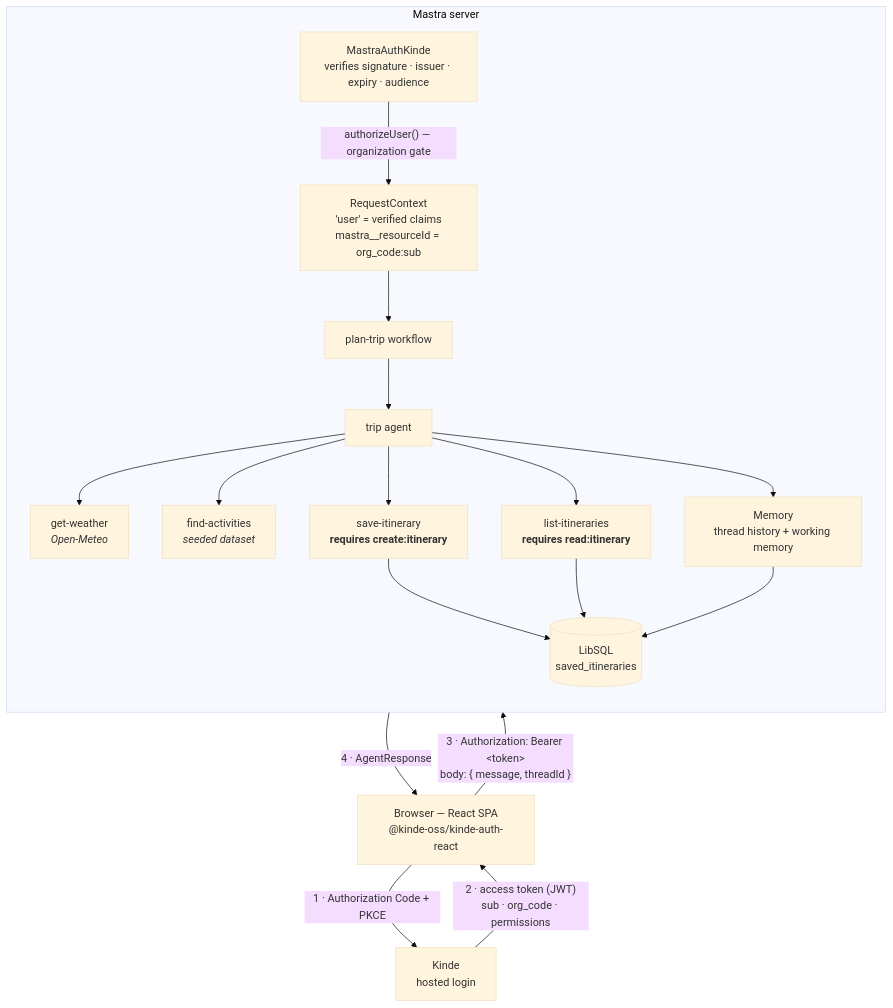
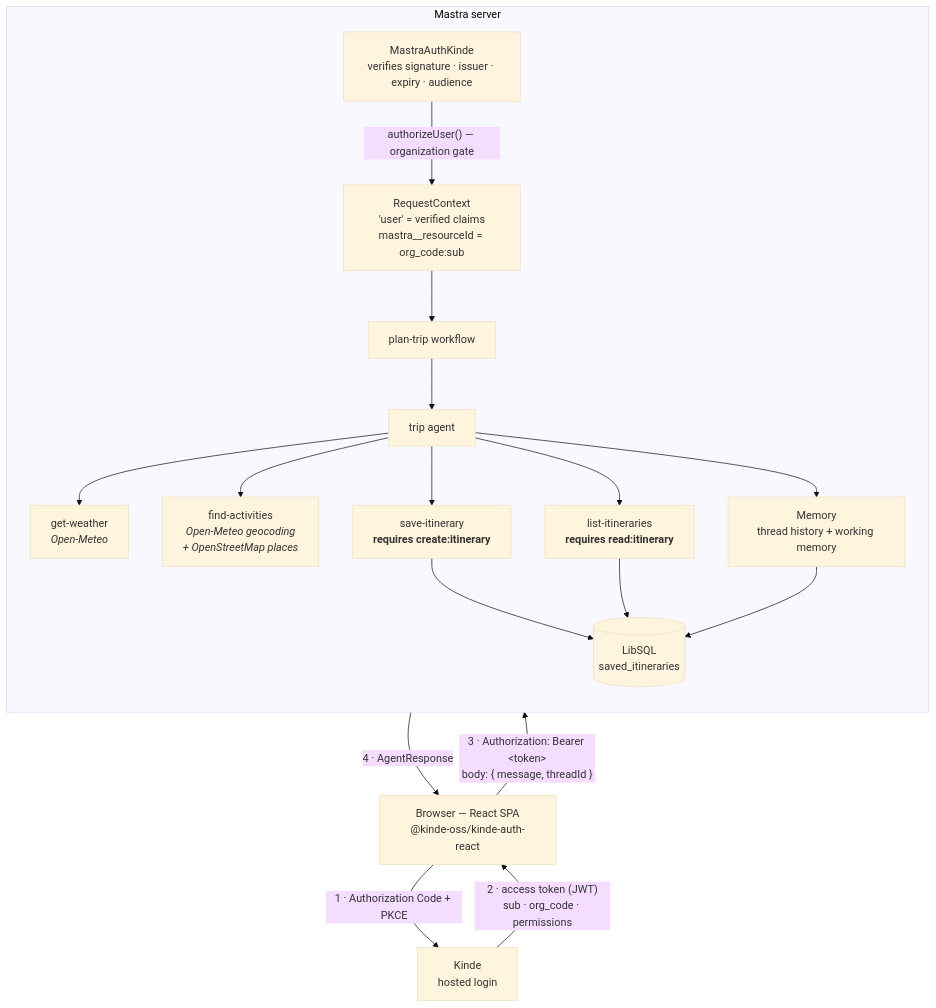
Before and after one commit to kinde-starter-kits/mastra-starter-kit: the diagram in README.md, drawn with Mermaid (base theme). The commit also changed other lines of this file and 28 other files, not shown here.

````diff
--- a/README.md
+++ b/README.md
@@ -39,27 +40,27 @@
 ```mermaid
 flowchart TD
     B["Browser — React SPA<br/>@kinde-oss/kinde-auth-react"]
     K["Kinde<br/>hosted login"]
     B -->|"1 · Authorization Code + PKCE"| K
     K -->|"2 · access token (JWT)<br/>sub · org_code · permissions"| B
     B -->|"3 · Authorization: Bearer &lt;token&gt;<br/>body: { message, threadId }"| A
 
     subgraph S["Mastra server"]
         direction TB
         A["MastraAuthKinde<br/>verifies signature · issuer · expiry · audience"]
         A -->|"authorizeUser() — organization gate"| RC
         RC["RequestContext<br/>'user' = verified claims<br/>mastra__resourceId = org_code:sub"]
         RC --> W["plan-trip workflow"]
         W --> AG["trip agent"]
         AG --> T1["get-weather<br/><i>Open-Meteo</i>"]
-        AG --> T2["find-activities<br/><i>seeded dataset</i>"]
+        AG --> T2["find-activities<br/><i>Open-Meteo geocoding<br/>+ OpenStreetMap places</i>"]
         AG --> T3["save-itinerary<br/><b>requires create:itinerary</b>"]
         AG --> T4["list-itineraries<br/><b>requires read:itinerary</b>"]
         AG --> M["Memory<br/>thread history + working memory"]
         T3 --> DB[("LibSQL<br/>saved_itineraries")]
         T4 --> DB
         M --> DB
     end
 
     AG -->|"4 · AgentResponse"| B
 ```
````
